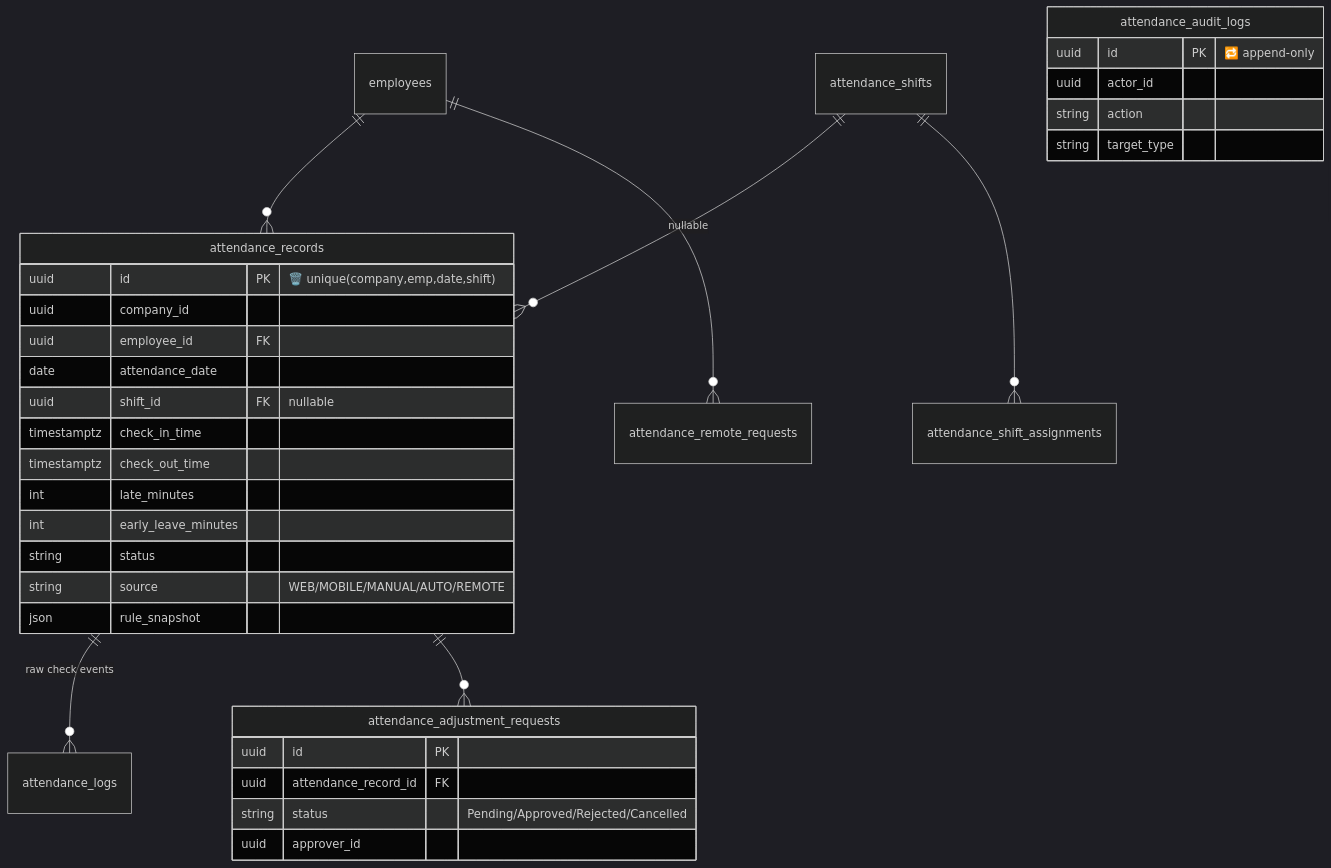
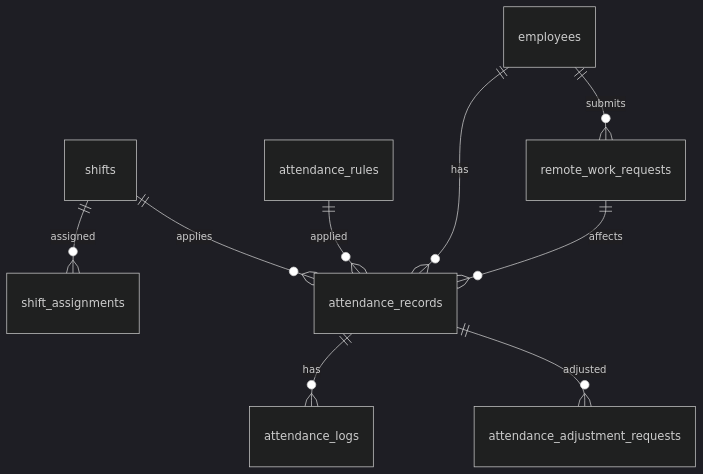
Before and after one commit to nguyencanhqk/mediaos: the fifth of 8 diagrams in docs/erd-current.md, drawn with Mermaid (dark theme). The commit also changed other lines of this file and 3 other files, not shown here.

First line of the commit message:
docs: reconcile ERD + contracts to docs/DB standard

````diff
--- a/docs/erd-current.md
+++ b/docs/erd-current.md
@@ -134,36 +238,11 @@
 ```mermaid
 erDiagram
-    employees ||--o{ attendance_records : ""
-    attendance_shifts ||--o{ attendance_records : "nullable"
-    attendance_records ||--o{ attendance_logs : "raw check events"
-    attendance_shifts ||--o{ attendance_shift_assignments : ""
-    attendance_records ||--o{ attendance_adjustment_requests : ""
-    employees ||--o{ attendance_remote_requests : ""
-
-    attendance_records {
-        uuid id PK "🗑️ unique(company,emp,date,shift)"
-        uuid company_id
-        uuid employee_id FK
-        date attendance_date
-        uuid shift_id FK "nullable"
-        timestamptz check_in_time
-        timestamptz check_out_time
-        int late_minutes
-        int early_leave_minutes
-        string status
-        string source "WEB/MOBILE/MANUAL/AUTO/REMOTE"
-        json rule_snapshot
-    }
-    attendance_adjustment_requests {
-        uuid id PK
-        uuid attendance_record_id FK
-        string status "Pending/Approved/Rejected/Cancelled"
-        uuid approver_id
-    }
-    attendance_audit_logs {
-        uuid id PK "🔁 append-only"
-        uuid actor_id
-        string action
-        string target_type
-    }
+    shifts ||--o{ shift_assignments : assigned
+    shifts ||--o{ attendance_records : applies
+    attendance_rules ||--o{ attendance_records : applied
+    employees ||--o{ attendance_records : has
+    attendance_records ||--o{ attendance_logs : has
+    attendance_records ||--o{ attendance_adjustment_requests : adjusted
+    employees ||--o{ remote_work_requests : submits
+    remote_work_requests ||--o{ attendance_records : affects
 ```
````
